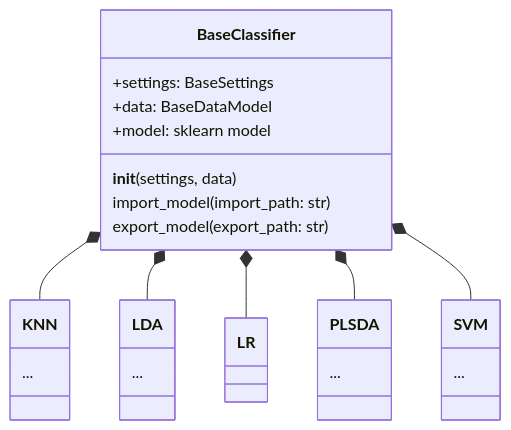
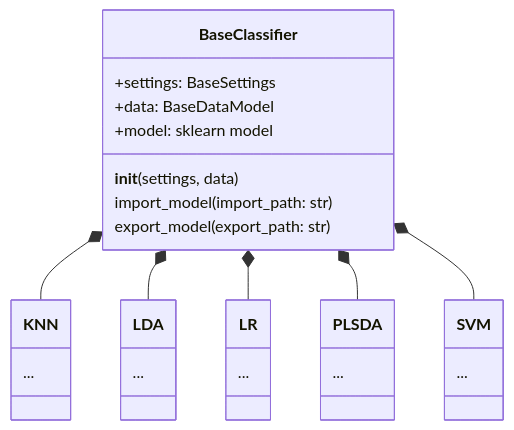
The second of 3 diagrams in docs/cookbook_versioned_docs/version-2.0.0/structure.md (f-aguzzi/ChemFuseKit), drawn with Mermaid before and after one commit. The commit also changed other lines of this file and 49 other files, not shown here.

````diff
--- a/docs/cookbook_versioned_docs/version-2.0.0/structure.md
+++ b/docs/cookbook_versioned_docs/version-2.0.0/structure.md
@@ -91,34 +91,38 @@
 ```mermaid
 classDiagram
     
     class BaseClassifier {
         +settings: BaseSettings
         +data: BaseDataModel
         +model: sklearn model
         __init__(settings, data)
         import_model(import_path: str)
         export_model(export_path: str)
     }
 
     class KNN {
         ...
     }
 
     class LDA {
         ...
     }
 
+    class LR {
+        ...
+    }
+
     class PLSDA {
         ...
     }
 
     class SVM {
         ...
     }
 
     BaseClassifier *-- KNN
     BaseClassifier *-- LDA
     BaseClassifier *-- LR
     BaseClassifier *-- PLSDA
     BaseClassifier *-- SVM
 ```
````
